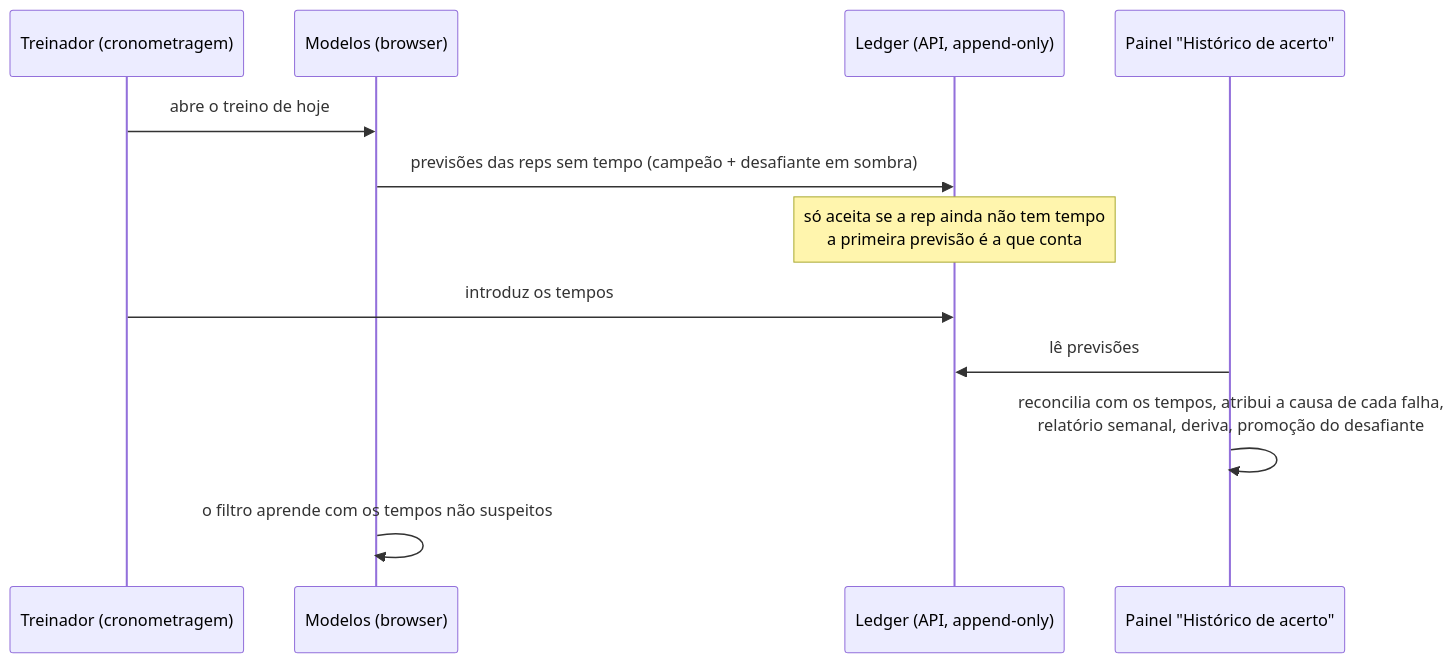
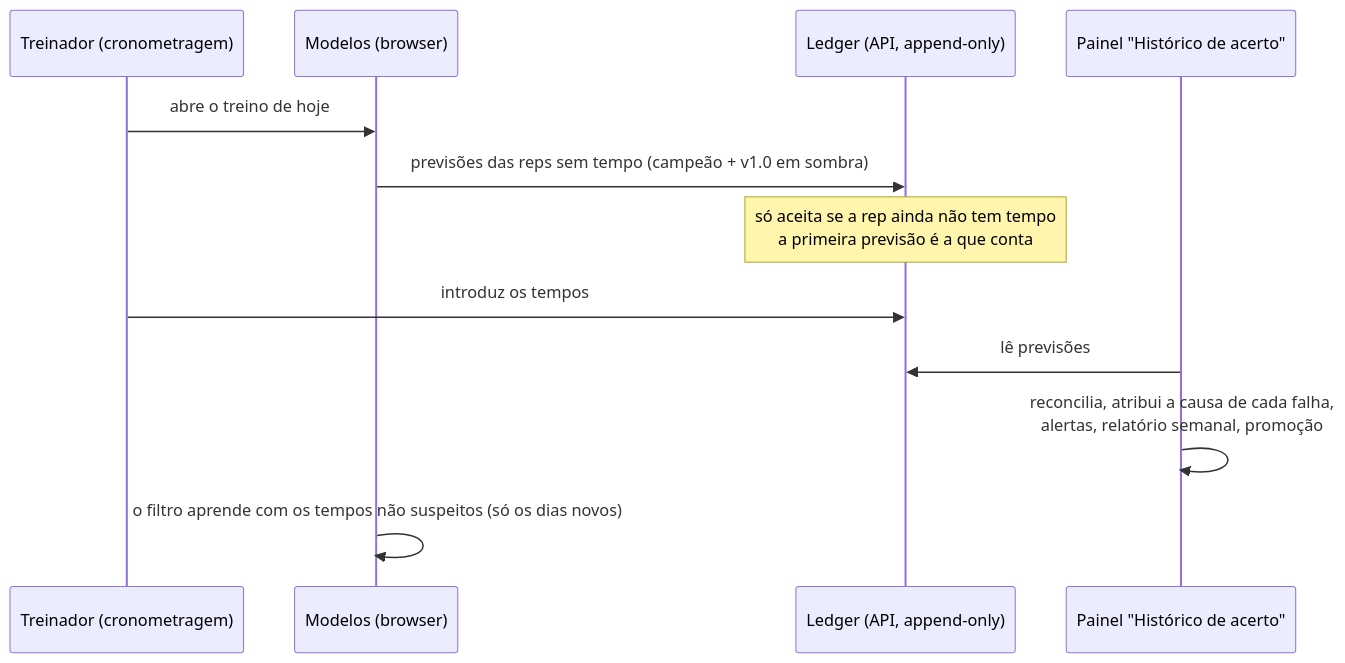
The second of 2 diagrams in docs/ml/README.md (tomascms/aquastats), drawn with Mermaid before and after one commit. The commit also changed other lines of this file and 17 other files, not shown here.

````diff
--- a/docs/ml/README.md
+++ b/docs/ml/README.md
@@ -150,14 +185,14 @@
 ```mermaid
 sequenceDiagram
   participant T as Treinador (cronometragem)
   participant M as Modelos (browser)
   participant L as Ledger (API, append-only)
   participant P as Painel "Histórico de acerto"
   T->>M: abre o treino de hoje
-  M->>L: previsões das reps sem tempo (campeão + desafiante em sombra)
+  M->>L: previsões das reps sem tempo (campeão + v1.0 em sombra)
   Note over L: só aceita se a rep ainda não tem tempo<br/>a primeira previsão é a que conta
   T->>L: introduz os tempos
   P->>L: lê previsões
-  P->>P: reconcilia com os tempos, atribui a causa de cada falha,<br/>relatório semanal, deriva, promoção do desafiante
-  M->>M: o filtro aprende com os tempos não suspeitos
+  P->>P: reconcilia, atribui a causa de cada falha,<br/>alertas, relatório semanal, promoção
+  M->>M: o filtro aprende com os tempos não suspeitos (só os dias novos)
 ```
````
